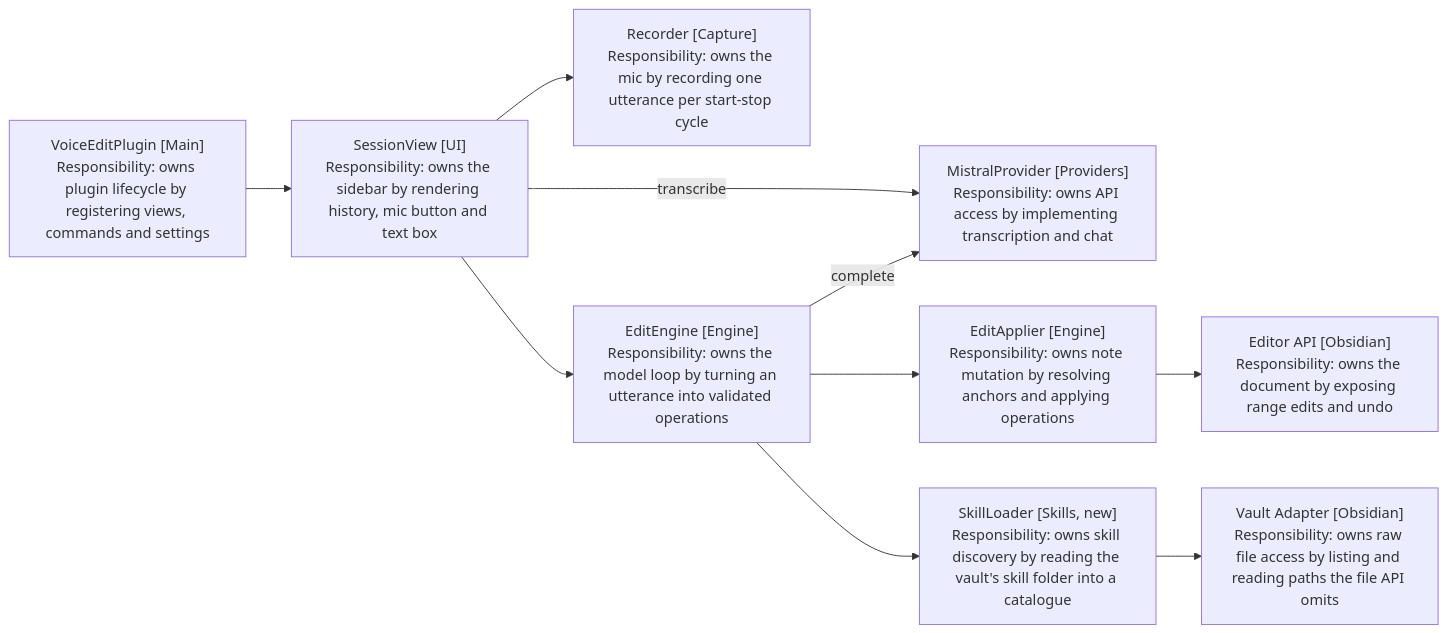
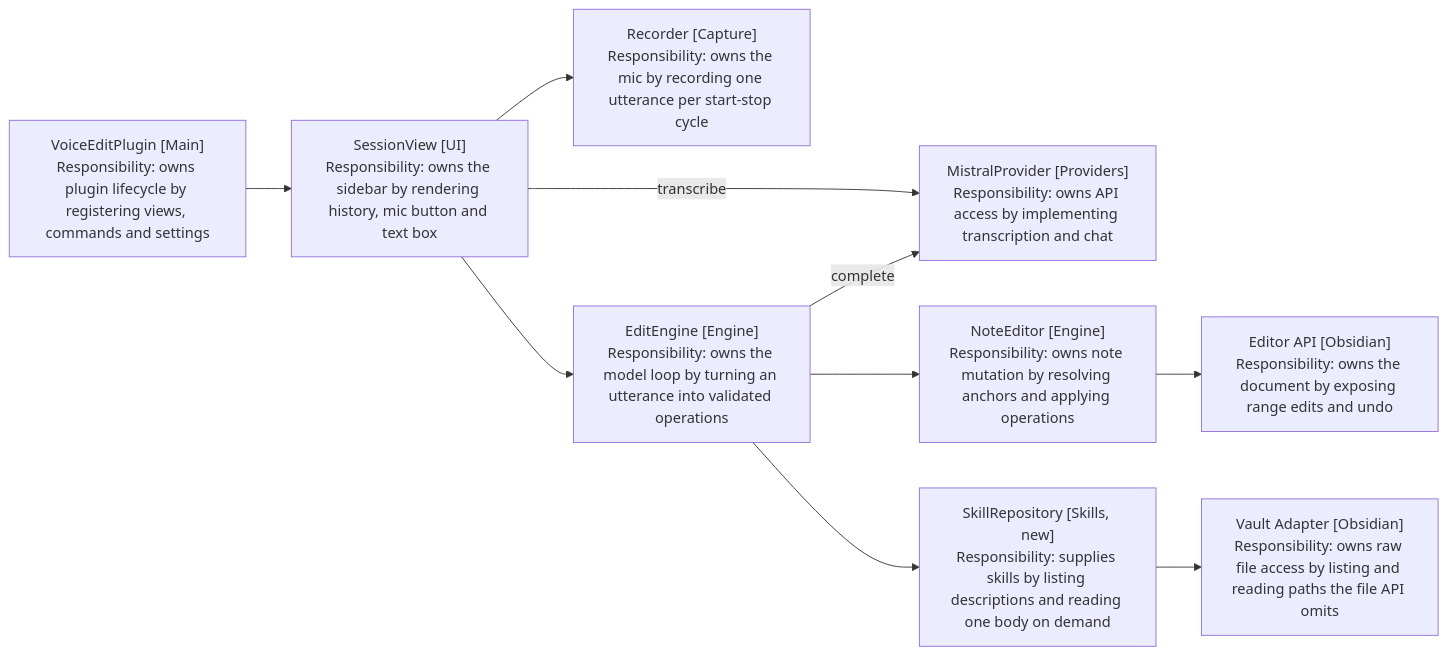
The first of 3 diagrams in docs/spec/1-voice-note-editing/high-level-design/1-desktop-mvp.md (iparips/obsidian-owl), drawn with Mermaid before and after one commit. The commit also changed other lines of this file and 85 other files, not shown here.

````diff
--- a/docs/spec/1-voice-note-editing/high-level-design/1-desktop-mvp.md
+++ b/docs/spec/1-voice-note-editing/high-level-design/1-desktop-mvp.md
@@ -7,22 +7,22 @@
 ```mermaid
 flowchart LR
     Main["VoiceEditPlugin [Main]<br/>Responsibility: owns plugin lifecycle by registering views, commands and settings"]
     View["SessionView [UI]<br/>Responsibility: owns the sidebar by rendering history, mic button and text box"]
     Rec["Recorder [Capture]<br/>Responsibility: owns the mic by recording one utterance per start-stop cycle"]
     Prov["MistralProvider [Providers]<br/>Responsibility: owns API access by implementing transcription and chat"]
     Eng["EditEngine [Engine]<br/>Responsibility: owns the model loop by turning an utterance into validated operations"]
-    App["EditApplier [Engine]<br/>Responsibility: owns note mutation by resolving anchors and applying operations"]
+    App["NoteEditor [Engine]<br/>Responsibility: owns note mutation by resolving anchors and applying operations"]
     Ed["Editor API [Obsidian]<br/>Responsibility: owns the document by exposing range edits and undo"]
-    Skills["SkillLoader [Skills, new]<br/>Responsibility: owns skill discovery by reading the vault's skill folder into a catalogue"]
+    Skills["SkillRepository [Skills, new]<br/>Responsibility: supplies skills by listing descriptions and reading one body on demand"]
     Adapter["Vault Adapter [Obsidian]<br/>Responsibility: owns raw file access by listing and reading paths the file API omits"]
 
     Main --> View
     View --> Rec
     View --> Eng
     View -->|"transcribe"| Prov
     Eng -->|"complete"| Prov
     Eng --> App
     Eng --> Skills
     Skills --> Adapter
     App --> Ed
 ```
````
